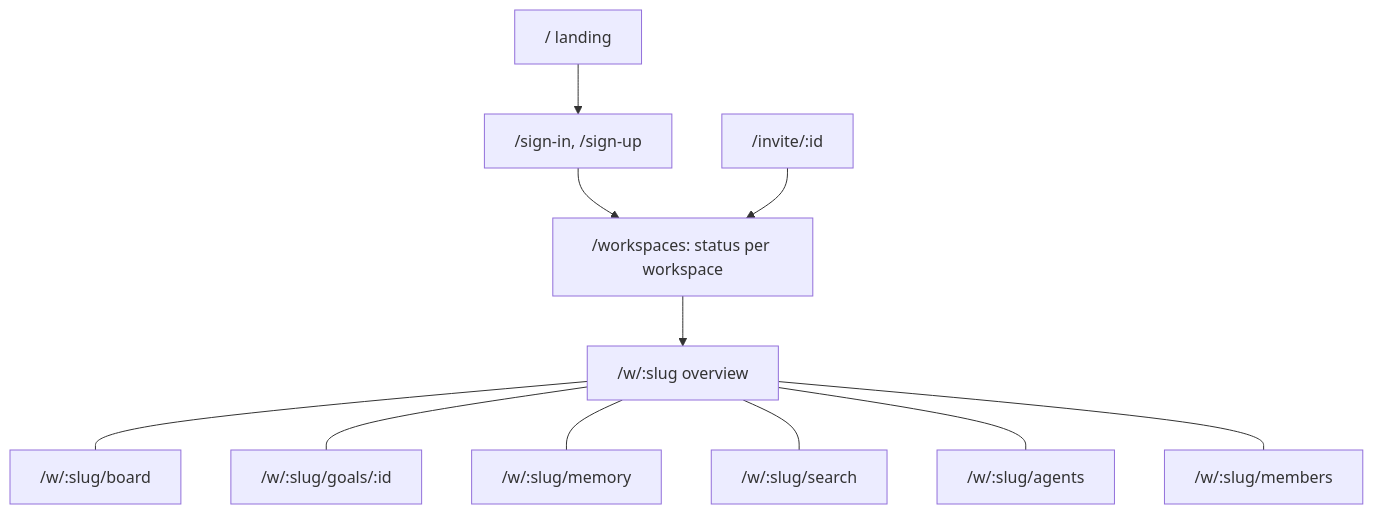
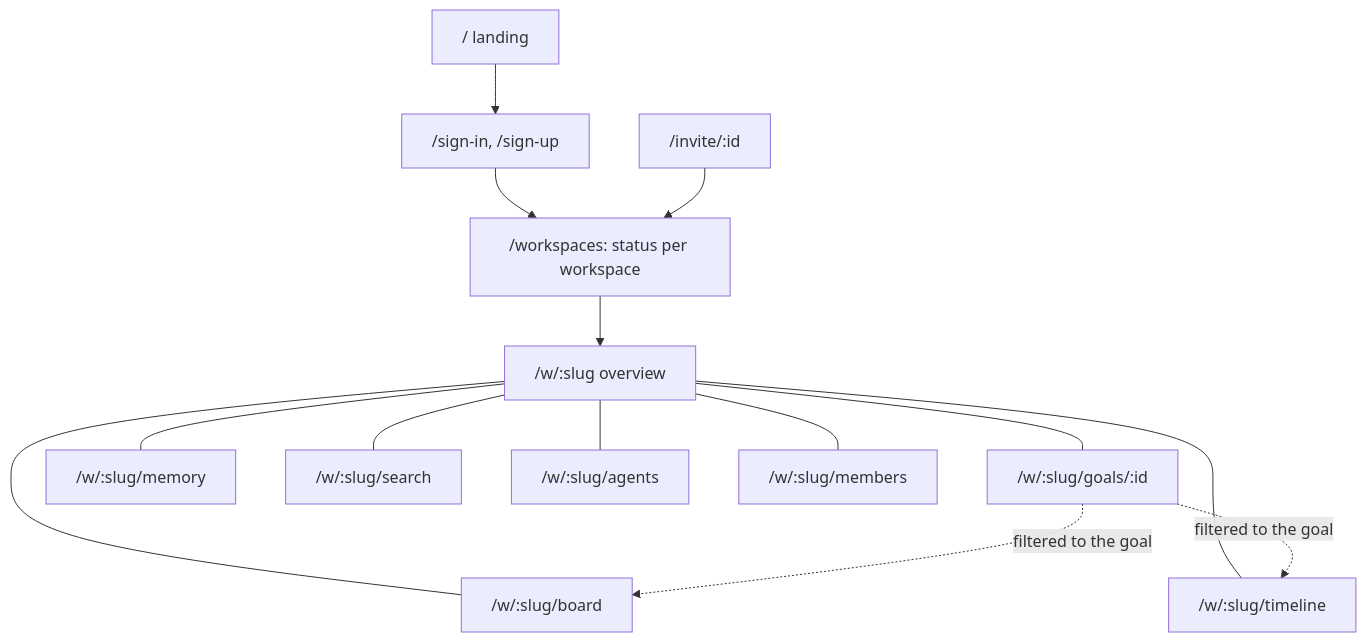
One commit to orweis/phean changed the third of 3 diagrams in docs/UX.md. Above: the diagram before and after it, drawn with Mermaid. The commit also changed other lines of this file and 3 other files, not shown here.

Commit message:
Document the diagrams, the new screens and the UI tests

````diff
--- a/docs/UX.md
+++ b/docs/UX.md
@@ -134,13 +134,16 @@
 ```mermaid
 flowchart TD
     Home["/ landing"] --> SignIn["/sign-in, /sign-up"]
     SignIn --> Workspaces["/workspaces: status per workspace"]
     Invite["/invite/:id"] --> Workspaces
     Workspaces --> Overview["/w/:slug overview"]
     Overview --- Board["/w/:slug/board"]
+    Overview --- Timeline["/w/:slug/timeline"]
     Overview --- Goal["/w/:slug/goals/:id"]
+    Goal -.->|filtered to the goal| Board
+    Goal -.->|filtered to the goal| Timeline
     Overview --- MemoryPage["/w/:slug/memory"]
     Overview --- SearchPage["/w/:slug/search"]
     Overview --- AgentsPage["/w/:slug/agents"]
     Overview --- Members["/w/:slug/members"]
 ```
````
